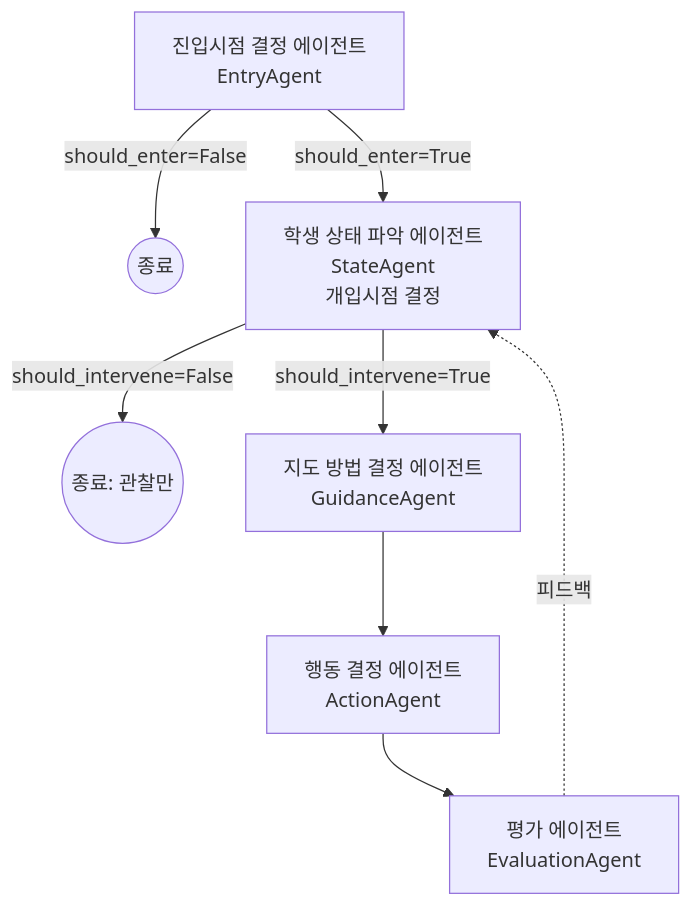
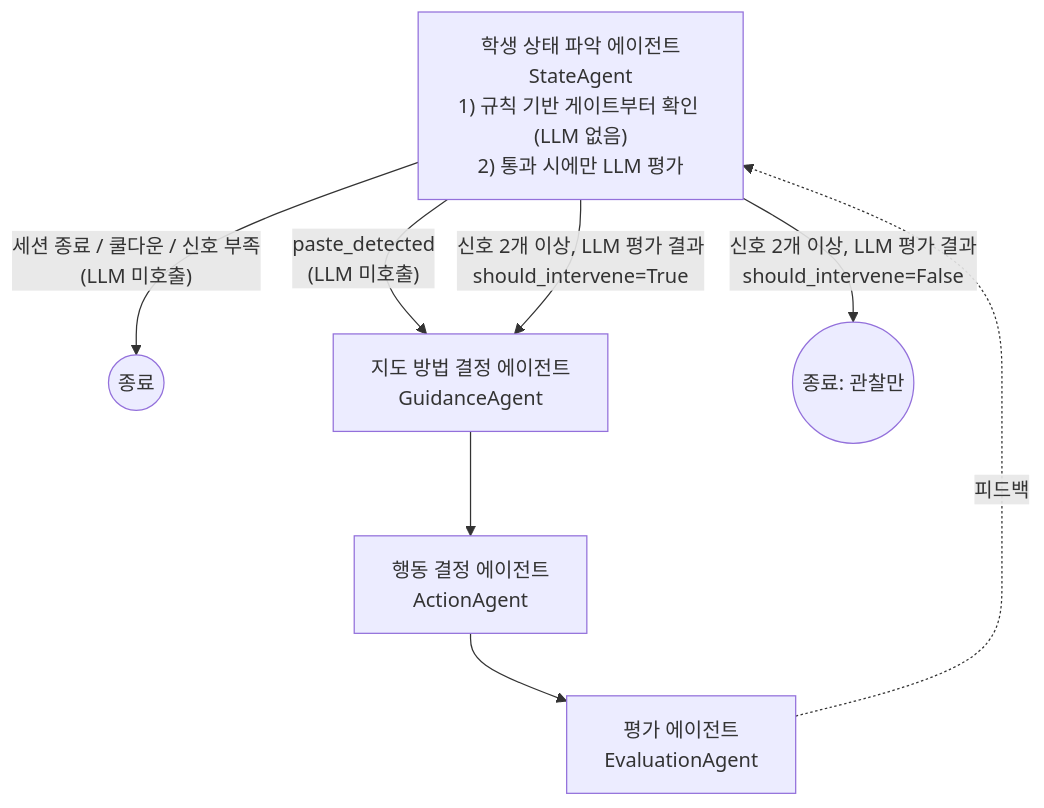
One commit to nxtcloud-edu/2026_KNUxKU_summer_camp_team04 changed the diagram in agent/README.md. Above: the diagram before and after it, drawn with Mermaid. The commit also changed other lines of this file and 9 other files, not shown here.

Commit message:
refactor(agent): EntryAgent를 규칙 기반 게이트로 바꿔 StateAgent에 통합

````diff
--- a/agent/README.md
+++ b/agent/README.md
@@ -34,10 +45,11 @@
 ```mermaid
 flowchart TD
-    A[진입시점 결정 에이전트\nEntryAgent] -->|should_enter=False| STOP1((종료))
-    A -->|should_enter=True| B[학생 상태 파악 에이전트\nStateAgent\n개입시점 결정]
-    B -->|should_intervene=False| STOP2((종료: 관찰만))
-    B -->|should_intervene=True| C[지도 방법 결정 에이전트\nGuidanceAgent]
+    B["학생 상태 파악 에이전트<br/>StateAgent<br/>1) 규칙 기반 게이트부터 확인 (LLM 없음)<br/>2) 통과 시에만 LLM 평가"]
+    B -->|"세션 종료 / 쿨다운 / 신호 부족<br/>(LLM 미호출)"| STOP1((종료))
+    B -->|"paste_detected<br/>(LLM 미호출)"| C
+    B -->|"신호 2개 이상, LLM 평가 결과<br/>should_intervene=False"| STOP2((종료: 관찰만))
+    B -->|"신호 2개 이상, LLM 평가 결과<br/>should_intervene=True"| C[지도 방법 결정 에이전트\nGuidanceAgent]
     C --> D[행동 결정 에이전트\nActionAgent]
     D --> E[평가 에이전트\nEvaluationAgent]
     E -.피드백.-> B
 ```
````
